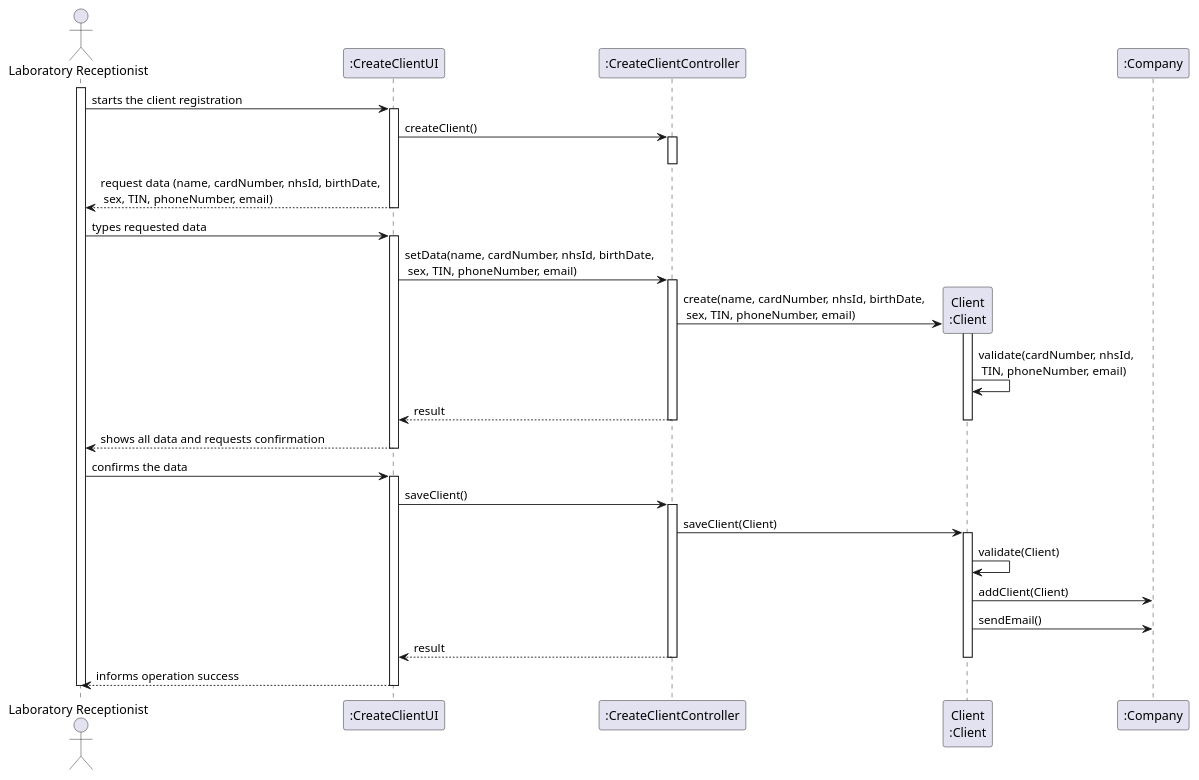
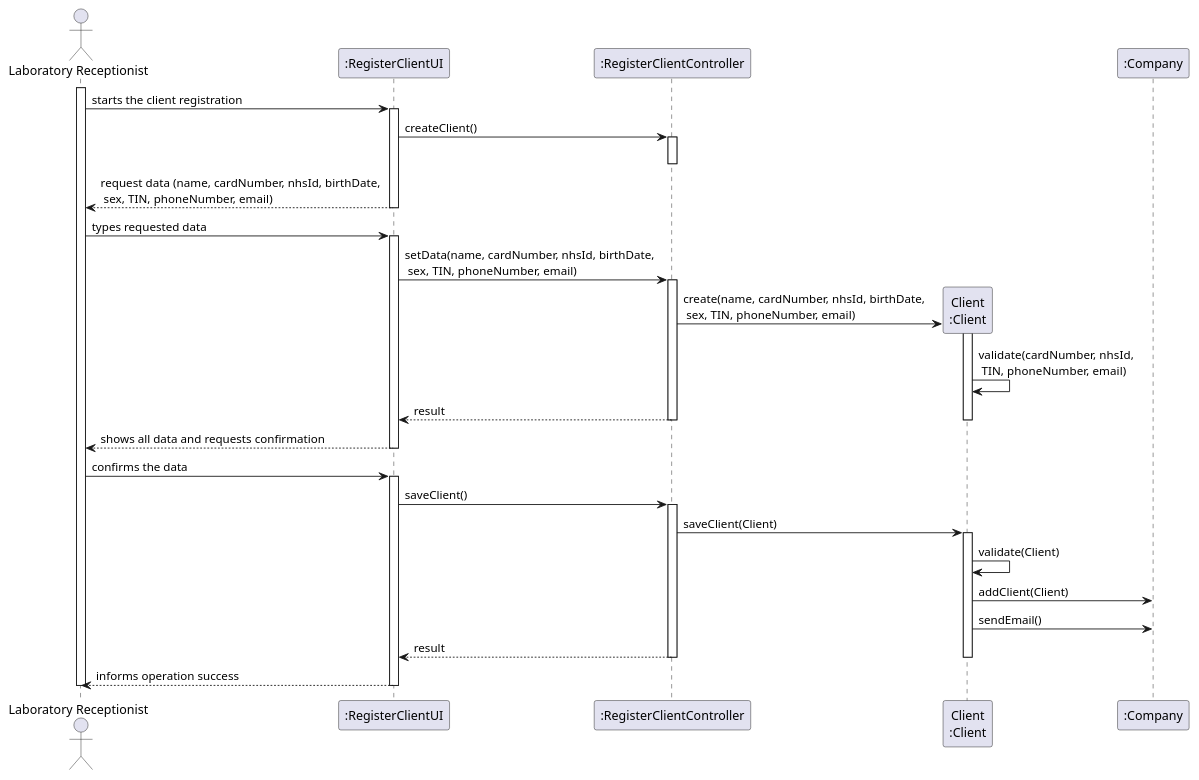
Before and after one commit to MadDinosaur/ISEP-LAPR2: the diagram in docs/SprintB/US3/US3_SD.puml, drawn with PlantUML. The commit also changed 7 other files, not shown here.

```diff
--- a/docs/SprintB/US3/US3_SD.puml
+++ b/docs/SprintB/US3/US3_SD.puml
@@ -1,44 +1,44 @@
 @startuml
 actor "Laboratory Receptionist" as LR
-participant ":CreateClientUI" as ui
-participant ":CreateClientController" as controller
+participant ":RegisterClientUI" as ui
+participant ":RegisterClientController" as controller
 participant "Client\n:Client" as clt
 
 
 activate LR
 LR -> ui : starts the client registration
 activate ui
 ui -> controller : createClient()
 activate controller
 deactivate controller
 ui --> LR : request data (name, cardNumber, nhsId, birthDate, \n sex, TIN, phoneNumber, email)
 deactivate ui
 LR -> ui : types requested data
 activate ui
 ui -> controller : setData(name, cardNumber, nhsId, birthDate, \n sex, TIN, phoneNumber, email)
 activate controller
 controller -> clt** : create(name, cardNumber, nhsId, birthDate, \n sex, TIN, phoneNumber, email)
 activate clt
 clt -> clt : validate(cardNumber, nhsId,\n TIN, phoneNumber, email)
 controller --> ui : result
 deactivate clt
 deactivate controller
 ui --> LR : shows all data and requests confirmation
 deactivate ui
 LR -> ui : confirms the data
 activate ui
 ui -> controller : saveClient()
 activate controller
 controller -> clt : saveClient(Client)
 activate clt
 clt -> clt : validate(Client)
 clt -> ":Company" : addClient(Client)
 clt -> ":Company" : sendEmail()
 controller --> ui : result
 deactivate clt
 deactivate controller
 ui --> LR : informs operation success
 deactivate ui
 deactivate LR
 
 @enduml
```
